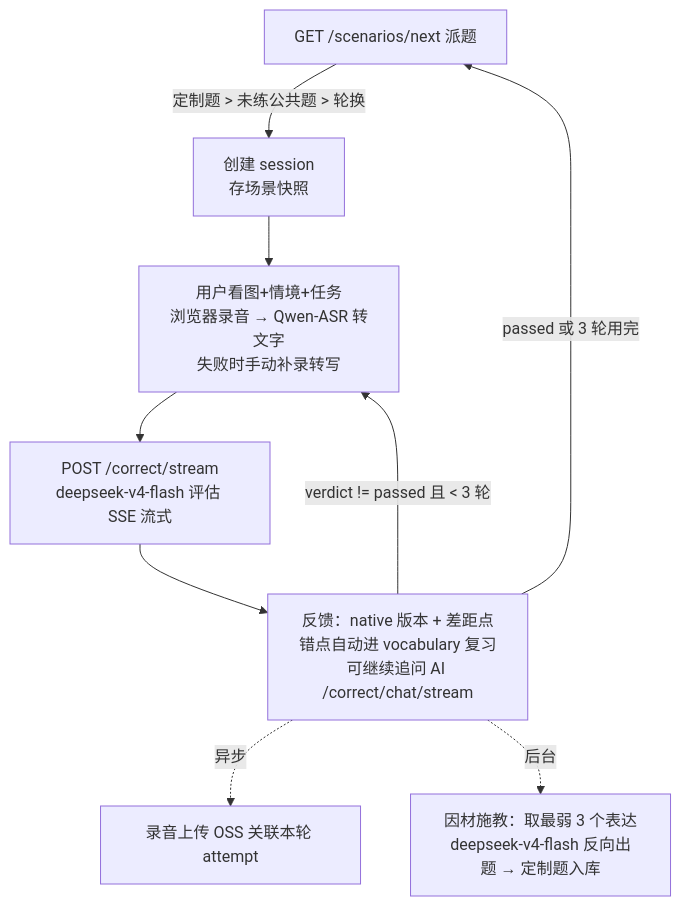
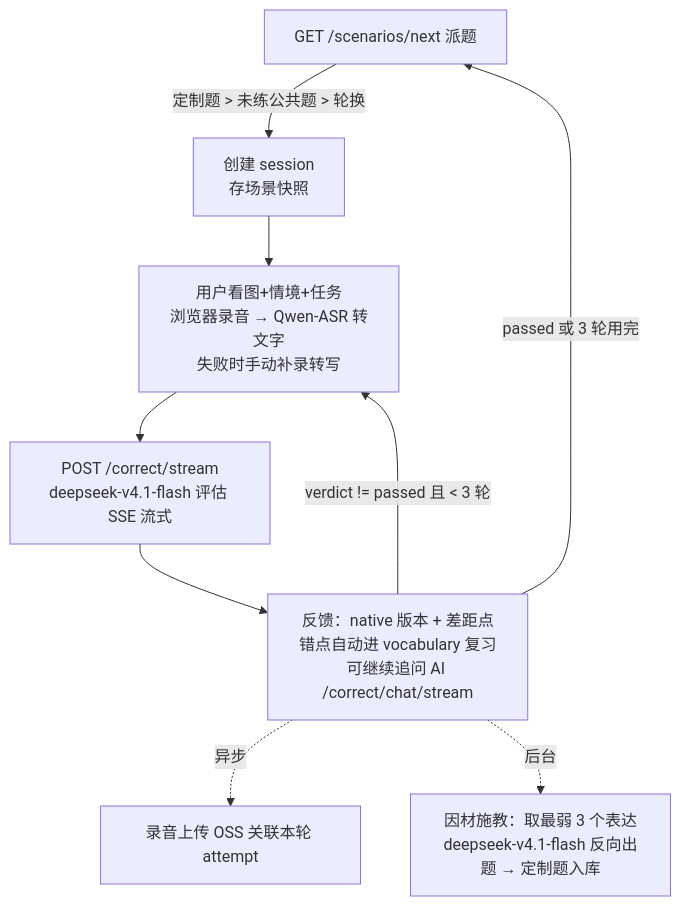
The diagram in docs/design/场景练习/scenario-mode.md (makewheels/speakup), drawn with Mermaid before and after one commit. The commit also changed other lines of this file and 31 other files, not shown here.

````diff
--- a/docs/design/场景练习/scenario-mode.md
+++ b/docs/design/场景练习/scenario-mode.md
@@ -7,11 +7,11 @@
 ```mermaid
 flowchart TD
     A[GET /scenarios/next 派题] -->|定制题 > 未练公共题 > 轮换| B[创建 session<br/>存场景快照]
     B --> C[用户看图+情境+任务<br/>浏览器录音 → Qwen-ASR 转文字<br/>失败时手动补录转写]
-    C --> D[POST /correct/stream<br/>deepseek-v4-flash 评估 SSE 流式]
+    C --> D[POST /correct/stream<br/>deepseek-v4.1-flash 评估 SSE 流式]
     D --> E[反馈：native 版本 + 差距点<br/>错点自动进 vocabulary 复习<br/>可继续追问 AI /correct/chat/stream]
     E -->|verdict != passed 且 < 3 轮| C
     E -->|passed 或 3 轮用完| A
     E -.异步.-> F[录音上传 OSS 关联本轮 attempt]
-    E -.后台.-> G[因材施教：取最弱 3 个表达<br/>deepseek-v4-flash 反向出题 → 定制题入库]
+    E -.后台.-> G[因材施教：取最弱 3 个表达<br/>deepseek-v4.1-flash 反向出题 → 定制题入库]
 ```
````
